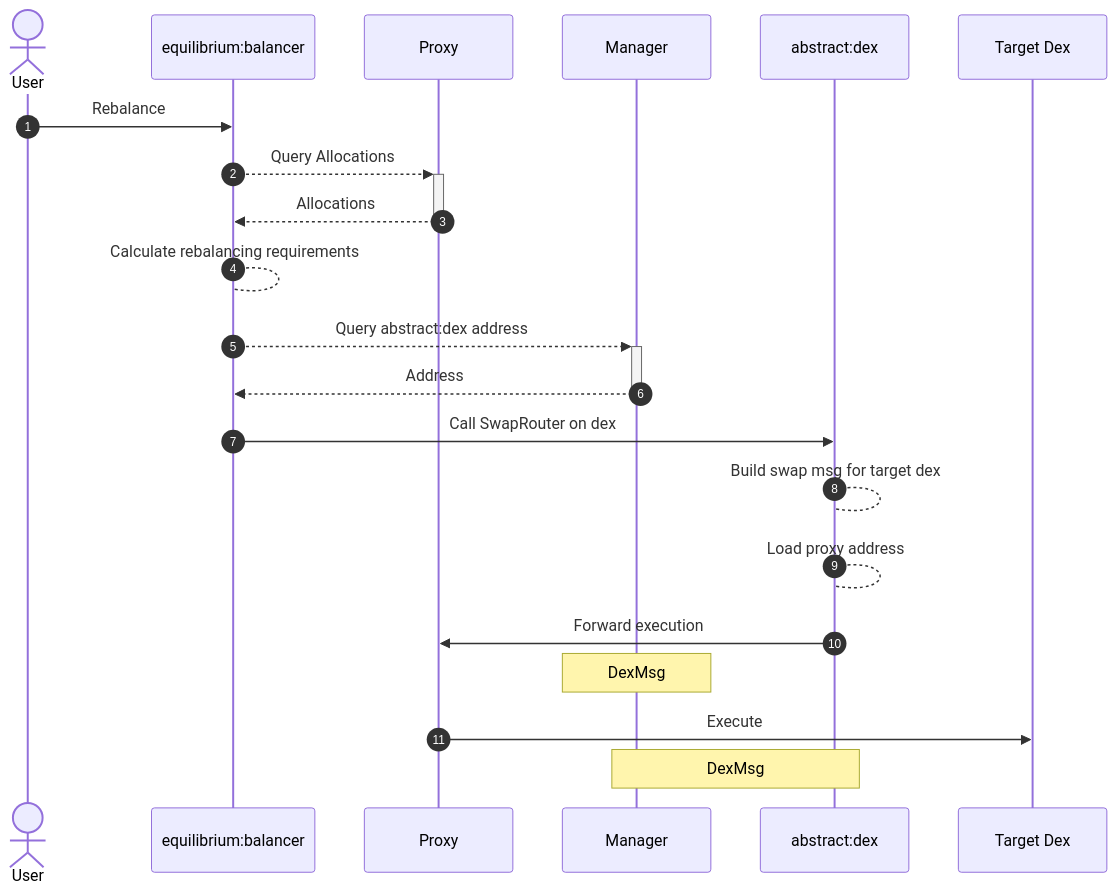
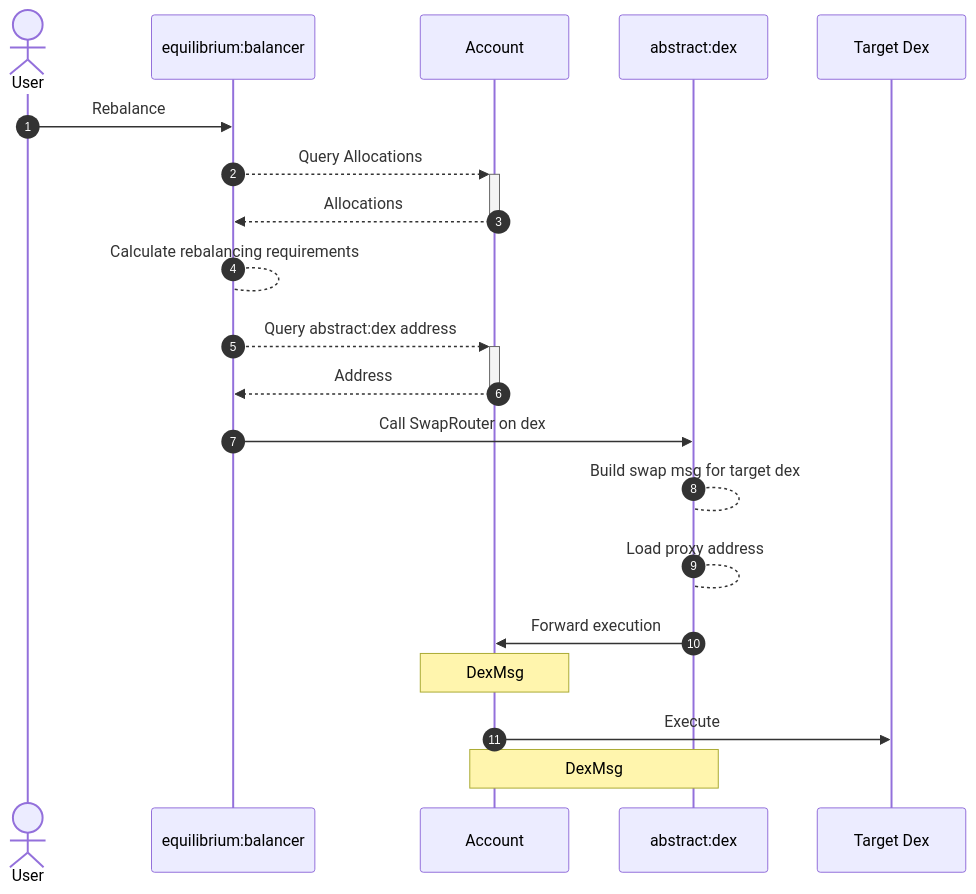
One commit to AbstractSDK/abstract changed the fifth of 5 diagrams in framework/docs/src/5_platform/8_modules.md. Above: the diagram before and after it, drawn with Mermaid. The commit also changed other lines of this file and 3 other files, not shown here.

````diff
--- a/framework/docs/src/5_platform/8_modules.md
+++ b/framework/docs/src/5_platform/8_modules.md
@@ -157,23 +153,22 @@
 ```mermaid
 sequenceDiagram
     autonumber
     actor U as User
     participant B as equilibrium:balancer
-    participant P as Proxy
-    participant M as Manager
+    participant A as Account
     participant D as abstract:dex
     participant T as Target Dex
     U ->> B: Rebalance
-    B -->>+ P: Query Allocations
-    P -->>- B: Allocations
+    B -->>+ A: Query Allocations
+    A -->>- B: Allocations
     B --> B: Calculate rebalancing requirements
-    B -->>+ M: Query abstract:dex address
-    M -->>- B: Address
+    B -->>+ A: Query abstract:dex address
+    A -->>- B: Address
     B ->> D: Call SwapRouter on dex
     D --> D: Build swap msg for target dex
     D --> D: Load proxy address
-    D ->> P: Forward execution
-    Note over M: DexMsg
-    P ->> T: Execute
-    Note over D, M: DexMsg
+    D ->> A: Forward execution
+    Note over A: DexMsg
+    A ->> T: Execute
+    Note over D, A: DexMsg
 ```
````
